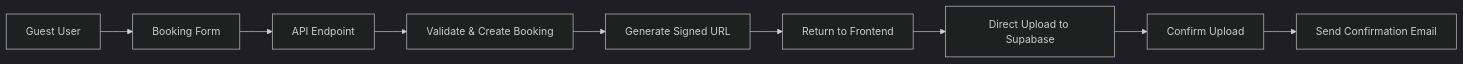
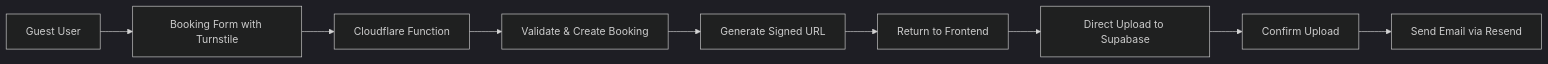
One commit to okaeri-rh-dev/okaeri-resort-system changed the diagram in docs/implementation/guest-booking-system/README.md. Above: the diagram before and after it, drawn with Mermaid (dark theme). The commit also changed other lines of this file and 6 other files, not shown here.

````diff
--- a/docs/implementation/guest-booking-system/README.md
+++ b/docs/implementation/guest-booking-system/README.md
@@ -47,11 +122,11 @@
 ```mermaid
 graph LR
-    A[Guest User] --> B[Booking Form]
-    B --> C[API Endpoint]
+    A[Guest User] --> B[Booking Form with Turnstile]
+    B --> C[Cloudflare Function]
     C --> D[Validate & Create Booking]
     D --> E[Generate Signed URL]
     E --> F[Return to Frontend]
     F --> G[Direct Upload to Supabase]
     G --> H[Confirm Upload]
-    H --> I[Send Confirmation Email]
+    H --> I[Send Email via Resend]
 ```
````
